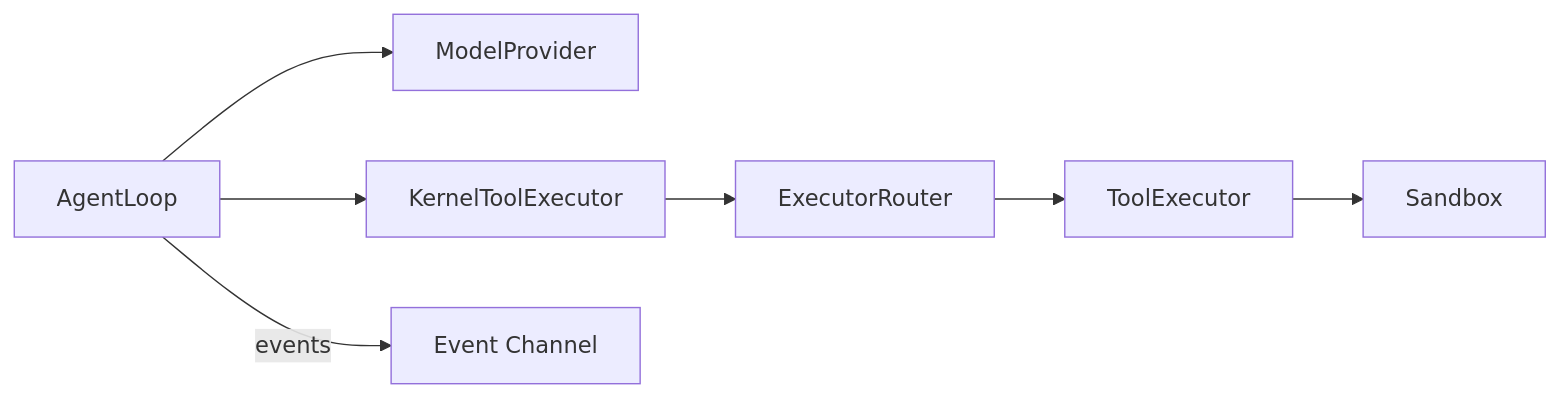
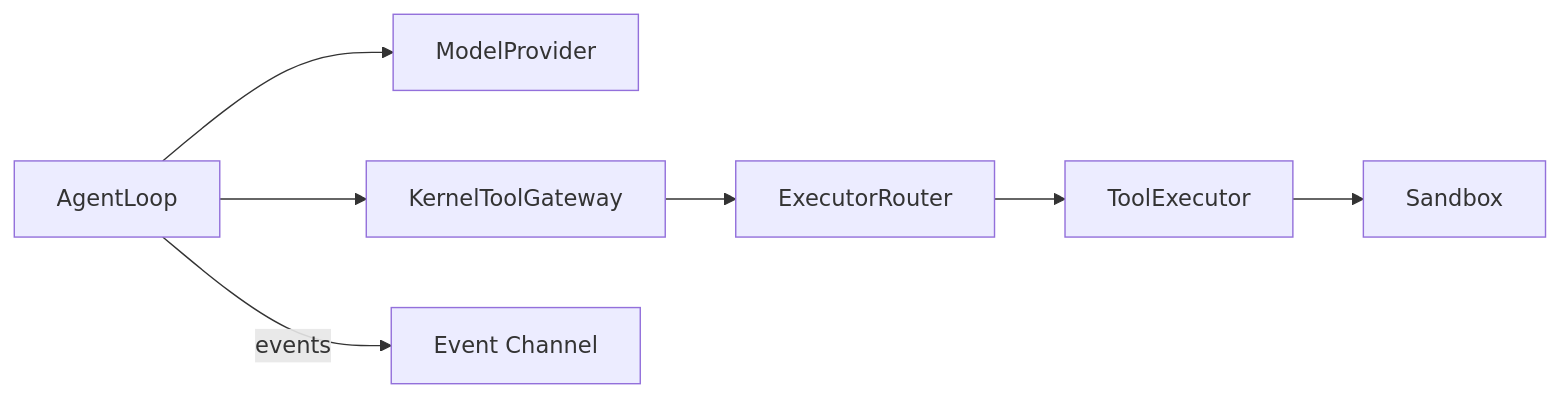
Before and after one commit to cypher-asi/aura-harness: the second of 9 diagrams in docs/architecture.md, drawn with Mermaid. The commit also changed other lines of this file and 3 other files, not shown here.

First line of the commit message:
docs: update architecture, README, and add invariants doc

````diff
--- a/docs/architecture.md
+++ b/docs/architecture.md
@@ -262,9 +314,9 @@
 ```mermaid
 flowchart LR
   AL[AgentLoop] --> MP[ModelProvider]
-  AL --> KTE[KernelToolExecutor]
-  KTE --> ER[ExecutorRouter]
+  AL --> KTG[KernelToolGateway]
+  KTG --> ER[ExecutorRouter]
   ER --> TE[ToolExecutor]
   TE --> S[Sandbox]
   AL -->|events| EC[Event Channel]
 ```
````
